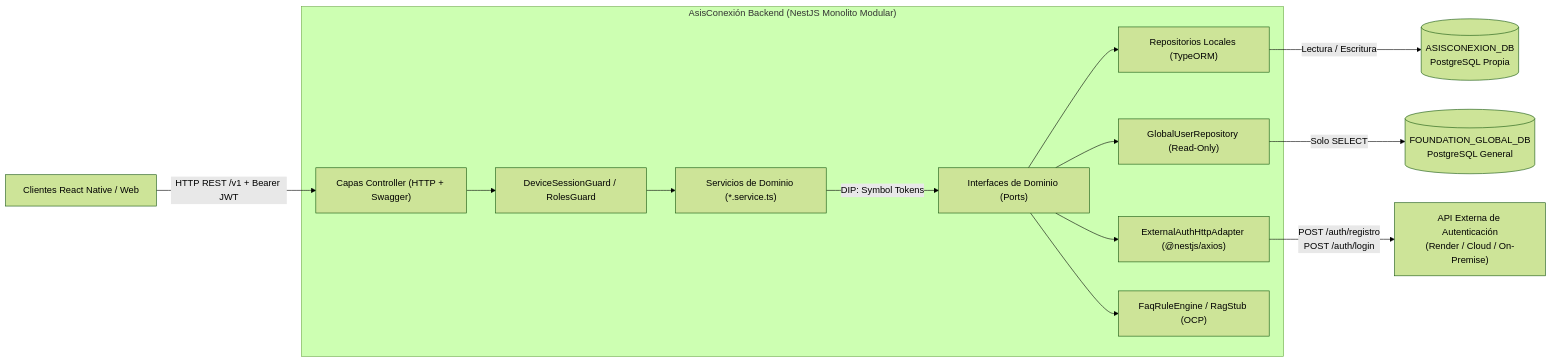
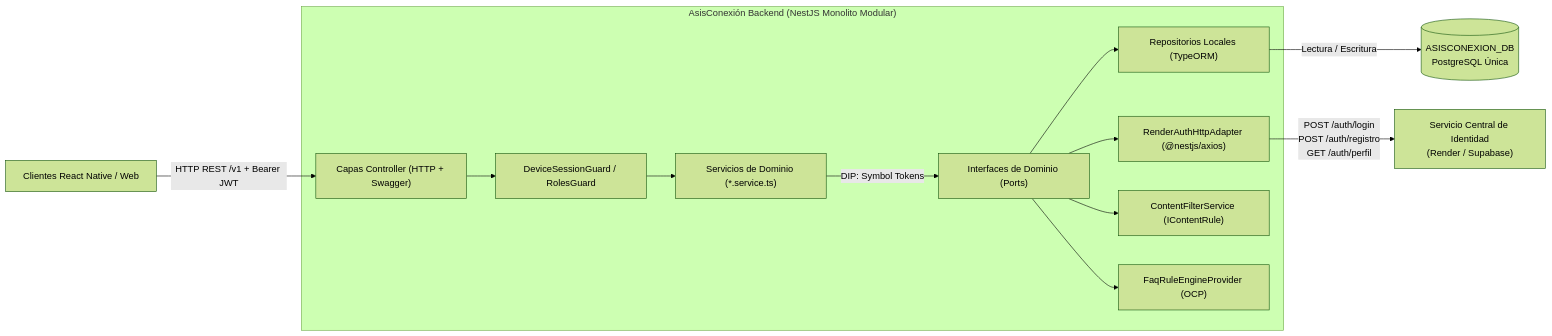
One commit to AlejoPress4/Asisconection changed the diagram in README.md. Above: the diagram before and after it, drawn with Mermaid (forest theme). The commit also changed other lines of this file and 88 other files, not shown here.

````diff
--- a/README.md
+++ b/README.md
@@ -39,18 +39,17 @@
 ```mermaid
 flowchart LR
     Client["Clientes React Native / Web"] -->|"HTTP REST /v1 + Bearer JWT"| Controllers["Capas Controller (HTTP + Swagger)"]
 
     subgraph Monolito["AsisConexión Backend (NestJS Monolito Modular)"]
       Controllers --> Guards["DeviceSessionGuard / RolesGuard"]
       Guards --> Services["Servicios de Dominio (*.service.ts)"]
       Services -->|"DIP: Symbol Tokens"| Ports["Interfaces de Dominio (Ports)"]
       Ports --> LocalRepos["Repositorios Locales (TypeORM)"]
-      Ports --> GlobalRepo["GlobalUserRepository (Read-Only)"]
-      Ports --> AuthAdapter["ExternalAuthHttpAdapter (@nestjs/axios)"]
-      Ports --> FaqEngine["FaqRuleEngine / RagStub (OCP)"]
+      Ports --> AuthAdapter["RenderAuthHttpAdapter (@nestjs/axios)"]
+      Ports --> FilterEngine["ContentFilterService (IContentRule)"]
+      Ports --> FaqEngine["FaqRuleEngineProvider (OCP)"]
     end
 
-    LocalRepos -->|"Lectura / Escritura"| LocalDB[("ASISCONEXION_DB\nPostgreSQL Propia")]
-    GlobalRepo -->|"Solo SELECT"| GlobalDB[("FOUNDATION_GLOBAL_DB\nPostgreSQL General")]
-    AuthAdapter -->|"POST /auth/registro\nPOST /auth/login"| ExtAPI["API Externa de Autenticación\n(Render / Cloud / On-Premise)"]
+    LocalRepos -->|"Lectura / Escritura"| LocalDB[("ASISCONEXION_DB\nPostgreSQL Única")]
+    AuthAdapter -->|"POST /auth/login\nPOST /auth/registro\nGET /auth/perfil"| ExtAPI["Servicio Central de Identidad\n(Render / Supabase)"]
 ```
````
